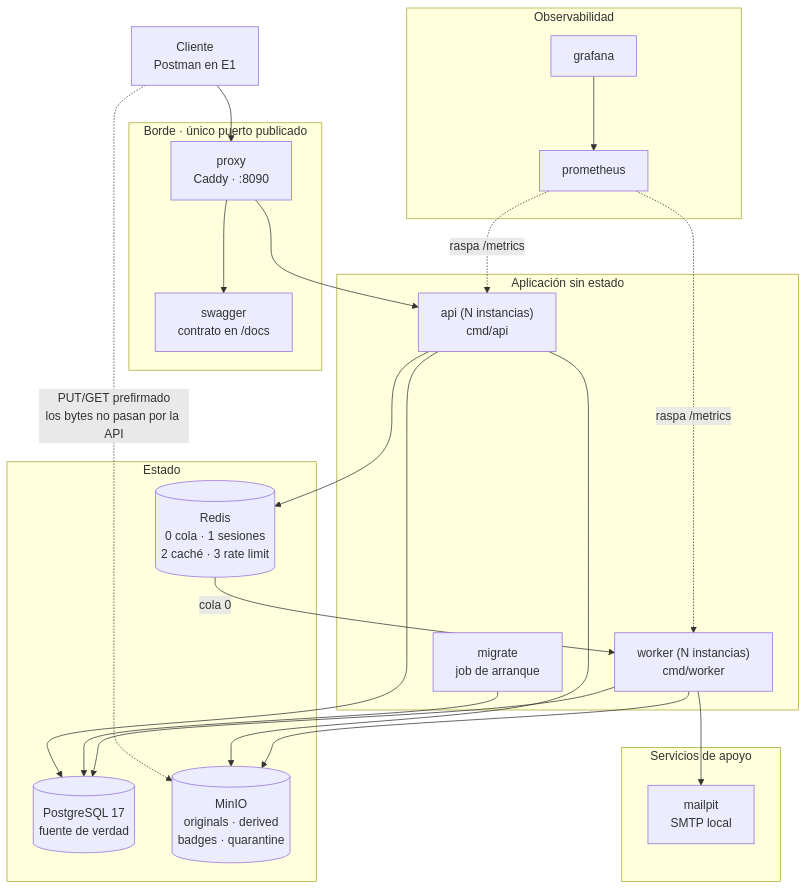
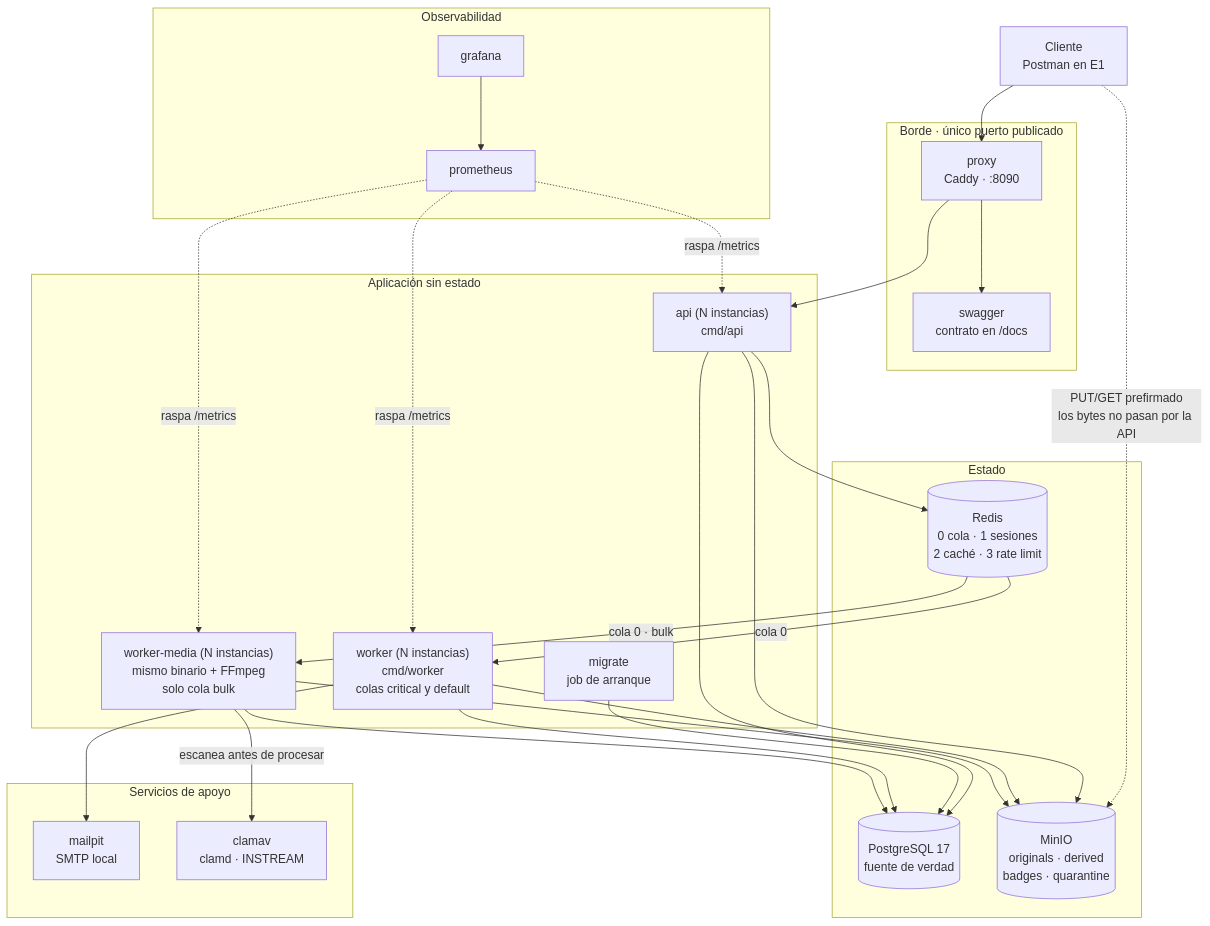
The second of 2 diagrams in arquitectura/disenos/contexto-y-componentes.md (danielreales00/proyecto-1-mooc), drawn with Mermaid before and after one commit. The commit also changed other lines of this file and 22 other files, not shown here.

````diff
--- a/arquitectura/disenos/contexto-y-componentes.md
+++ b/arquitectura/disenos/contexto-y-componentes.md
@@ -33,49 +33,56 @@
 ```mermaid
 graph TB
   CLI[Cliente<br/>Postman en E1]
 
   subgraph borde[Borde · único puerto publicado]
     PROXY[proxy<br/>Caddy · :8090]
     SW[swagger<br/>contrato en /docs]
   end
 
   subgraph app[Aplicación sin estado]
     API["api (N instancias)<br/>cmd/api"]
-    WG["worker (N instancias)<br/>cmd/worker"]
+    WG["worker (N instancias)<br/>cmd/worker<br/>colas critical y default"]
+    WM["worker-media (N instancias)<br/>mismo binario + FFmpeg<br/>solo cola bulk"]
     MIG["migrate<br/>job de arranque"]
   end
 
   subgraph datos[Estado]
     PG[(PostgreSQL 17<br/>fuente de verdad)]
     RD[(Redis<br/>0 cola · 1 sesiones<br/>2 caché · 3 rate limit)]
     S3[(MinIO<br/>originals · derived<br/>badges · quarantine)]
   end
 
   subgraph apoyo[Servicios de apoyo]
     MAIL[mailpit<br/>SMTP local]
+    AV[clamav<br/>clamd · INSTREAM]
   end
 
   subgraph obs[Observabilidad]
     PROM[prometheus]
     GRAF[grafana]
   end
 
   CLI --> PROXY
   PROXY --> API
   PROXY --> SW
   CLI -. "PUT/GET prefirmado<br/>los bytes no pasan por la API" .-> S3
 
   API --> PG
   API --> RD
   API --> S3
   MIG --> PG
 
   RD -- "cola 0" --> WG
+  RD -- "cola 0 · bulk" --> WM
   WG --> PG
   WG --> S3
   WG --> MAIL
+  WM --> PG
+  WM --> S3
+  WM -- "escanea antes de procesar" --> AV
 
   PROM -. "raspa /metrics" .-> API
   PROM -. "raspa /metrics" .-> WG
+  PROM -. "raspa /metrics" .-> WM
   GRAF --> PROM
 ```
````
